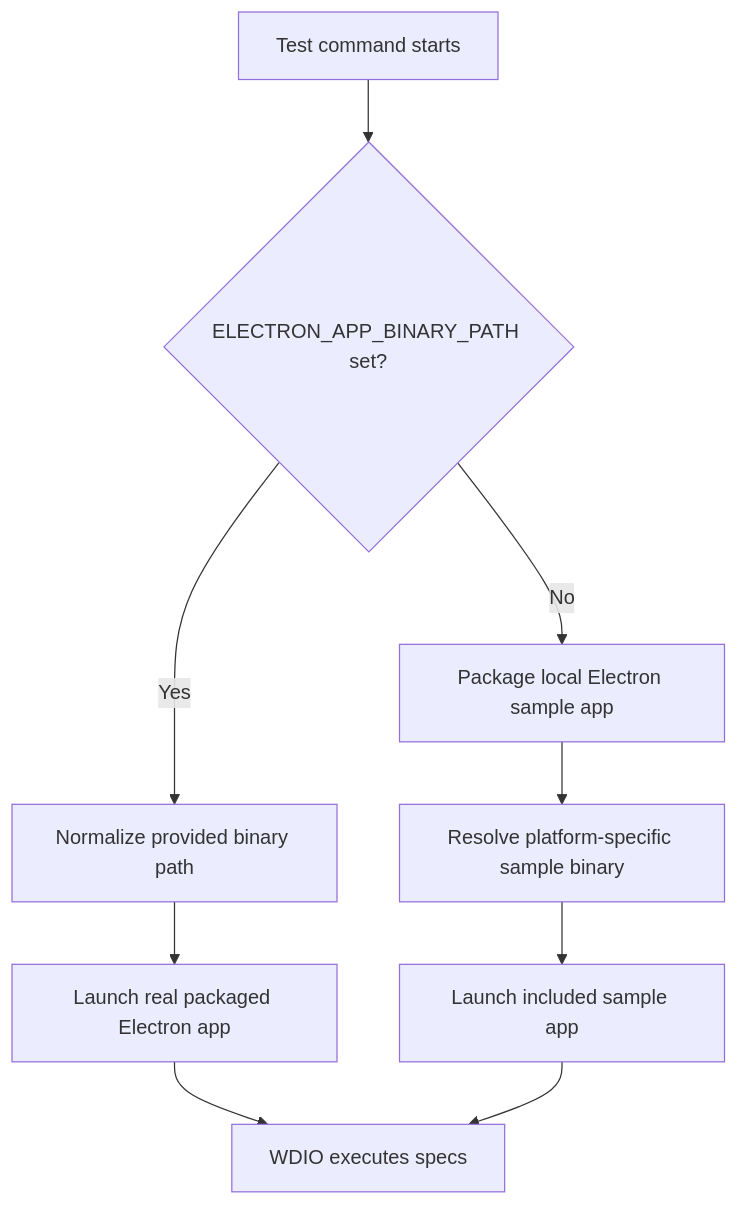
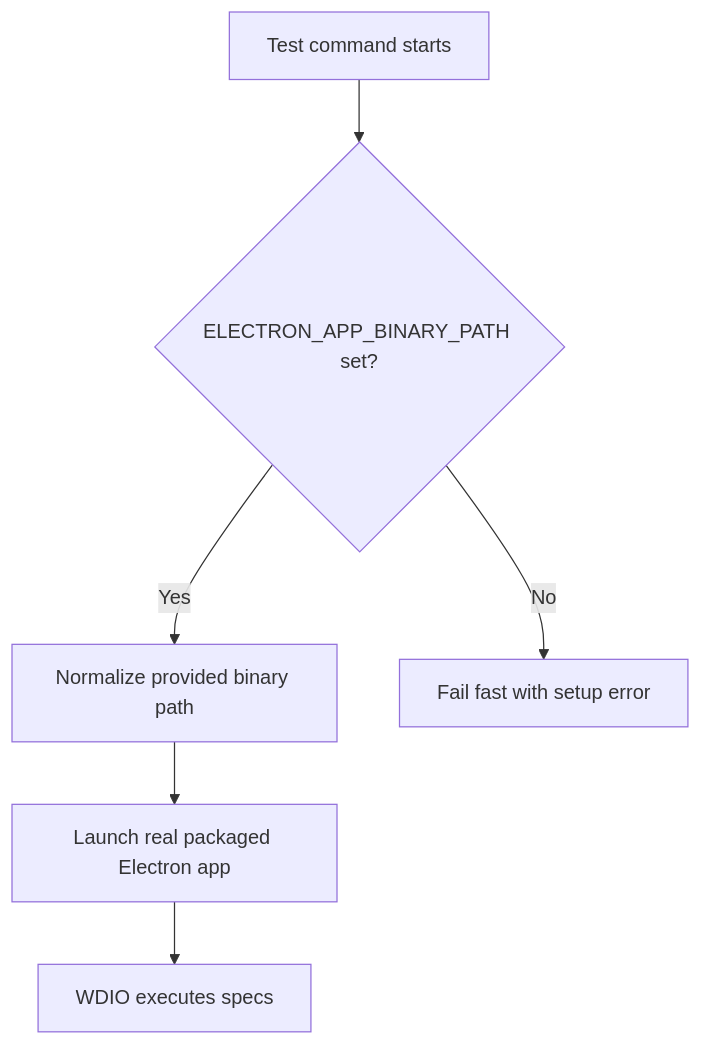
Before and after one commit to bek4466/WDIO-electron-framework: the fourth of 6 diagrams in docs/confluence/architecture-diagrams.md, drawn with Mermaid. The commit also changed other lines of this file and 19 other files, not shown here.

Commit message:
Remove mock Electron app assets

````diff
--- a/docs/confluence/architecture-diagrams.md
+++ b/docs/confluence/architecture-diagrams.md
@@ -103,11 +99,8 @@
 ```mermaid
 flowchart TD
   Start["Test command starts"] --> EnvCheck{"ELECTRON_APP_BINARY_PATH set?"}
   EnvCheck -- "Yes" --> Normalize["Normalize provided binary path"]
   Normalize --> RealApp["Launch real packaged Electron app"]
-  EnvCheck -- "No" --> PackageSample["Package local Electron sample app"]
-  PackageSample --> ResolveSample["Resolve platform-specific sample binary"]
-  ResolveSample --> SampleApp["Launch included sample app"]
+  EnvCheck -- "No" --> ConfigError["Fail fast with setup error"]
   RealApp --> WDIO["WDIO executes specs"]
-  SampleApp --> WDIO
 ```
````
